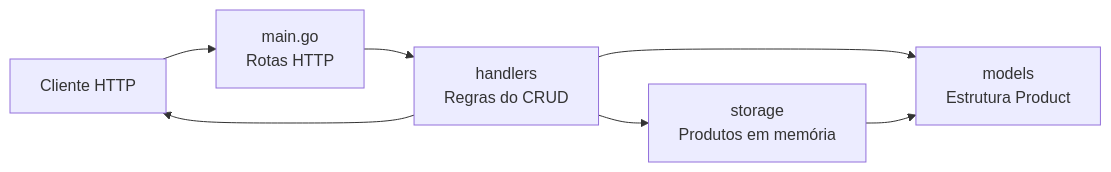
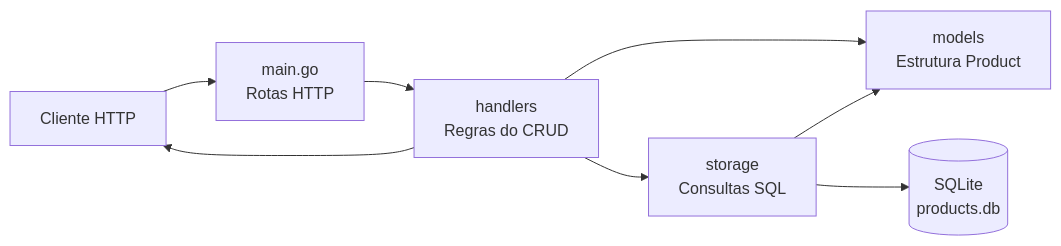
One commit to d-dionisio/api-products changed the diagram in README.md. Above: the diagram before and after it, drawn with Mermaid. The commit also changed other lines of this file and 6 other files, not shown here.

Commit message:
refactor: replace in-memory storage with SQLite

````diff
--- a/README.md
+++ b/README.md
@@ -40,9 +45,10 @@
 ```mermaid
 graph LR
     Client["Cliente HTTP"] --> Main["main.go<br/>Rotas HTTP"]
     Main --> Handlers["handlers<br/>Regras do CRUD"]
     Handlers --> Models["models<br/>Estrutura Product"]
-    Handlers --> Storage["storage<br/>Produtos em memória"]
+    Handlers --> Storage["storage<br/>Consultas SQL"]
     Storage --> Models
+    Storage --> Database[("SQLite<br/>products.db")]
     Handlers --> Client
 ```
````
